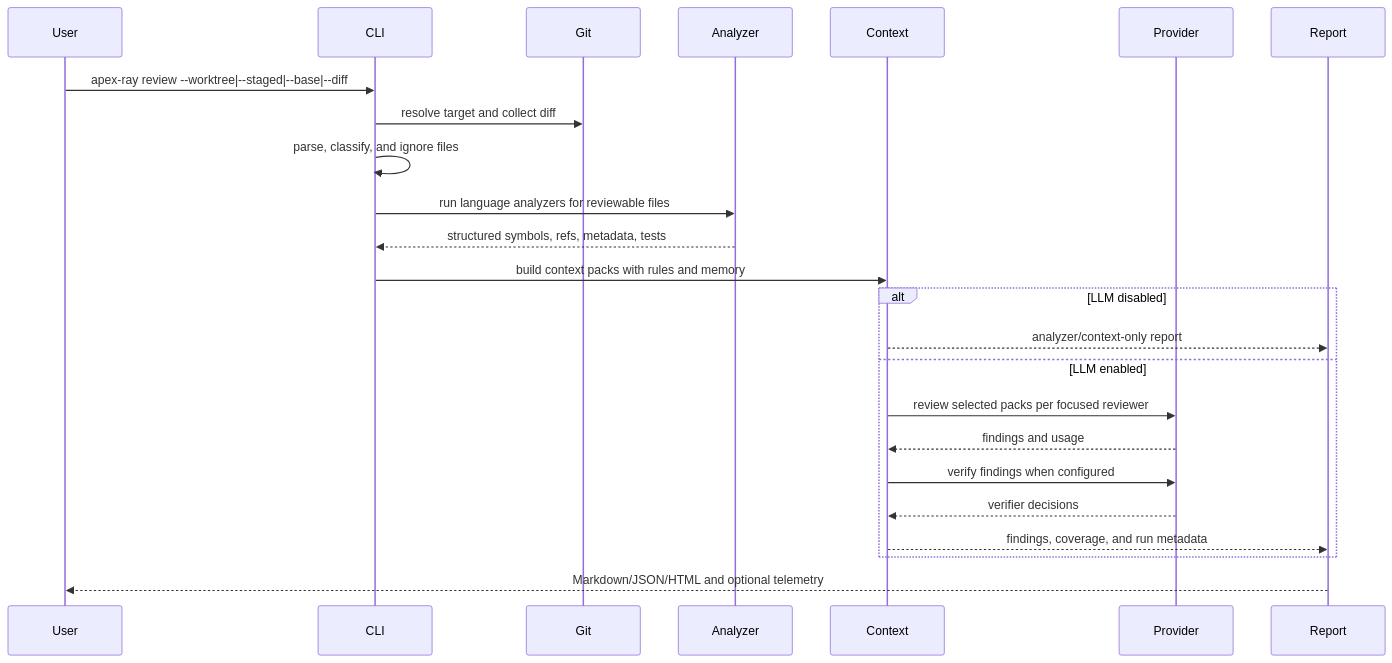
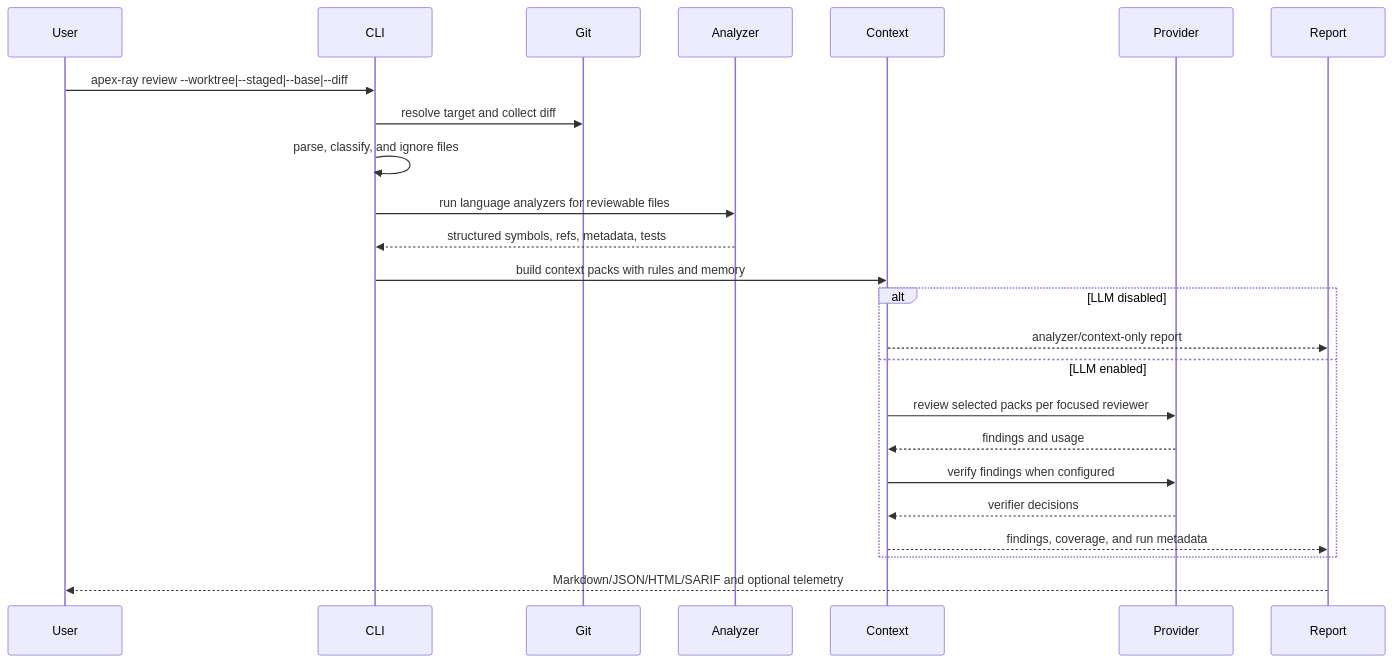
One commit to dobrotacreator/apex-ray changed the second of 3 diagrams in docs/architecture.md. Above: the diagram before and after it, drawn with Mermaid. The commit also changed other lines of this file and 25 other files, not shown here.

````diff
--- a/docs/architecture.md
+++ b/docs/architecture.md
@@ -171,27 +171,27 @@
 ```mermaid
 sequenceDiagram
   participant User
   participant CLI
   participant Git
   participant Analyzer
   participant Context
   participant Provider
   participant Report
 
   User->>CLI: apex-ray review --worktree|--staged|--base|--diff
   CLI->>Git: resolve target and collect diff
   CLI->>CLI: parse, classify, and ignore files
   CLI->>Analyzer: run language analyzers for reviewable files
   Analyzer-->>CLI: structured symbols, refs, metadata, tests
   CLI->>Context: build context packs with rules and memory
   alt LLM disabled
     Context-->>Report: analyzer/context-only report
   else LLM enabled
     Context->>Provider: review selected packs per focused reviewer
     Provider-->>Context: findings and usage
     Context->>Provider: verify findings when configured
     Provider-->>Context: verifier decisions
     Context-->>Report: findings, coverage, and run metadata
   end
-  Report-->>User: Markdown/JSON/HTML and optional telemetry
+  Report-->>User: Markdown/JSON/HTML/SARIF and optional telemetry
 ```
````
